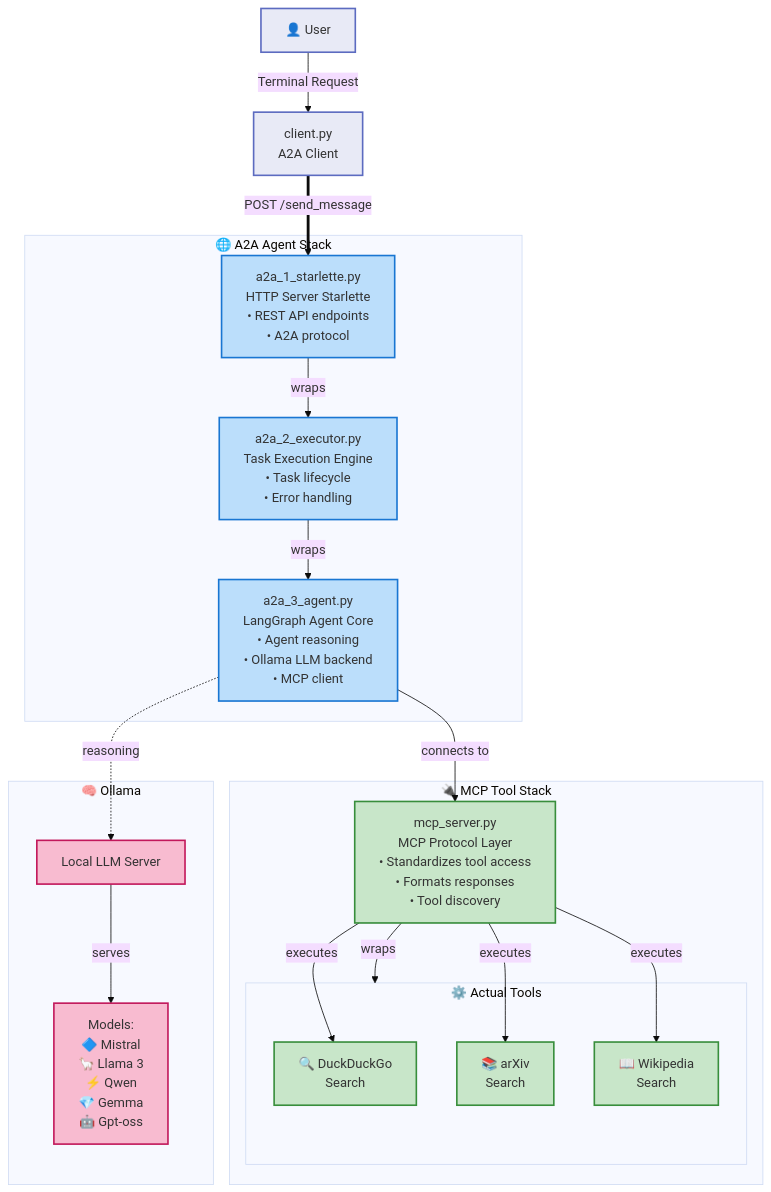
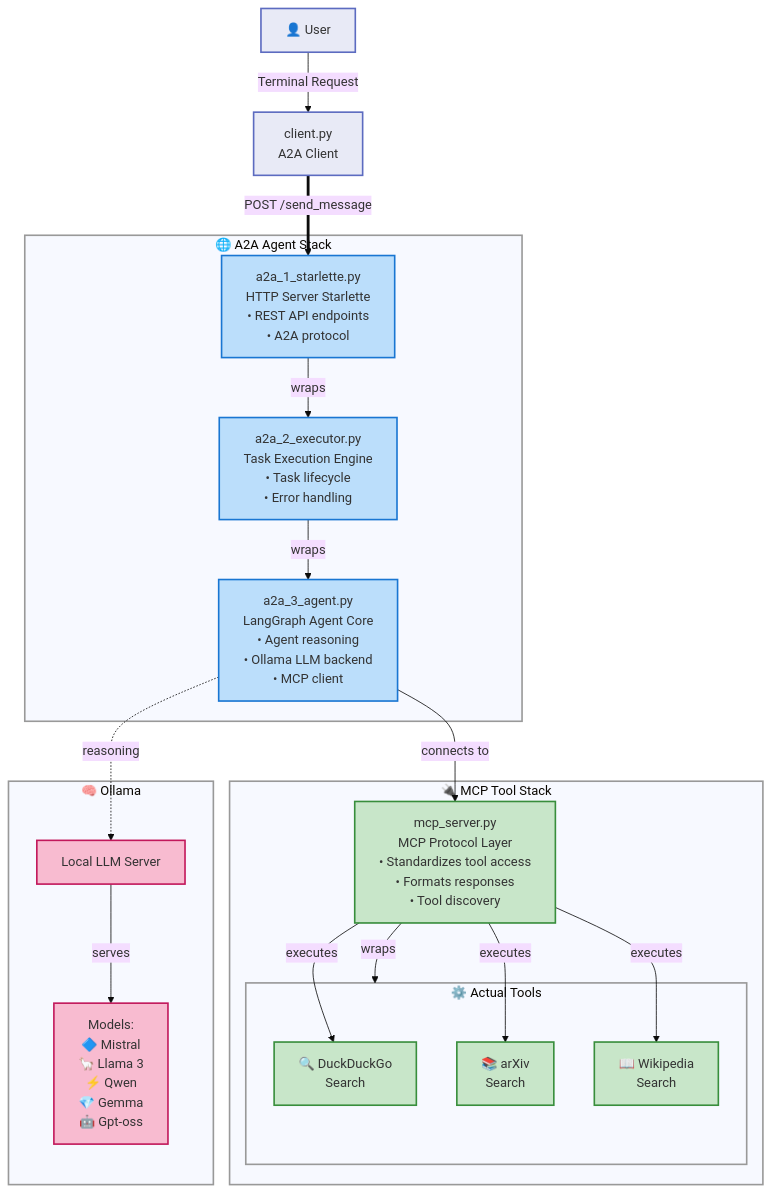
The diagram in README.md (JuanMaParraU/a2a-mcp-langgraph-agent-local), drawn with Mermaid (base theme) before and after one commit.

Commit message:
Update README.md
Added subgraphStyle class definition to diagram.

````diff
--- a/README.md
+++ b/README.md
@@ -141,49 +141,51 @@
 ```mermaid
 graph TB
     User[👤 User]
     Client[client.py<br/>A2A Client]
     
     subgraph A2A_Stack["🌐 A2A Agent Stack"]
         Starlette[a2a_1_starlette.py<br/>HTTP Server Starlette<br/>• REST API endpoints<br/>• A2A protocol]
         Executor[a2a_2_executor.py<br/>Task Execution Engine<br/>• Task lifecycle<br/>• Error handling]
         Agent[a2a_3_agent.py<br/>LangGraph Agent Core<br/>• Agent reasoning<br/>• Ollama LLM backend<br/>• MCP client]
     end
     
     subgraph MCP_Stack["🔌 MCP Tool Stack"]
         MCP[mcp_server.py<br/>MCP Protocol Layer<br/>• Standardizes tool access<br/>• Formats responses<br/>• Tool discovery]
         
         subgraph Tools["⚙️ Actual Tools"]
             DDG[🔍 DuckDuckGo<br/>Search]
             ArXiv[📚 arXiv<br/>Search]
             Wiki[📖 Wikipedia<br/>Search]
         end
     end
     
     subgraph Ollama["🧠 Ollama"]
         LLM[Local LLM Server]
         Models["Models:<br/>🔷 Mistral<br/>🦙 Llama 3<br/>⚡ Qwen<br/>💎 Gemma<br/>🤖 Gpt-oss"]
     end
     
     LLM -->|serves| Models
     
     User -->|Terminal Request| Client
     Client ==>|POST /send_message| Starlette
     Starlette -->|wraps| Executor
     Executor -->|wraps| Agent
     Agent -->|connects to| MCP
     Agent -.->|reasoning| LLM
     MCP -->|wraps| Tools
     MCP -->|executes| DDG
     MCP -->|executes| ArXiv
     MCP -->|executes| Wiki
     
     classDef userStyle fill:#e8eaf6,stroke:#5c6bc0,stroke-width:2px
     classDef a2aBox fill:#bbdefb,stroke:#1976d2,stroke-width:2px
     classDef mcpBox fill:#c8e6c9,stroke:#388e3c,stroke-width:2px
     classDef ollamaBox fill:#f8bbd0,stroke:#c2185b,stroke-width:2px
+    classDef subgraphStyle fill:##f5f5f5,stroke:#999,stroke-width:2px
     
     class User,Client userStyle
     class Starlette,Executor,Agent a2aBox
     class MCP,DDG,ArXiv,Wiki mcpBox
     class LLM,Models ollamaBox
+    class A2A_Stack,MCP_Stack,Tools,Ollama subgraphStyle
 ```
````
